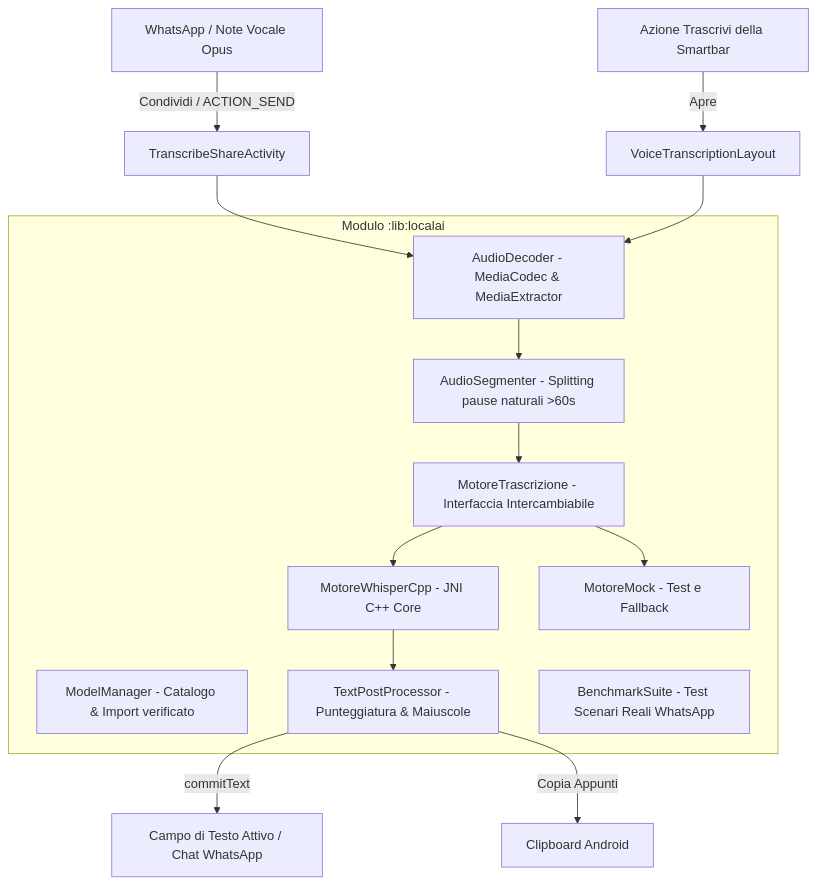
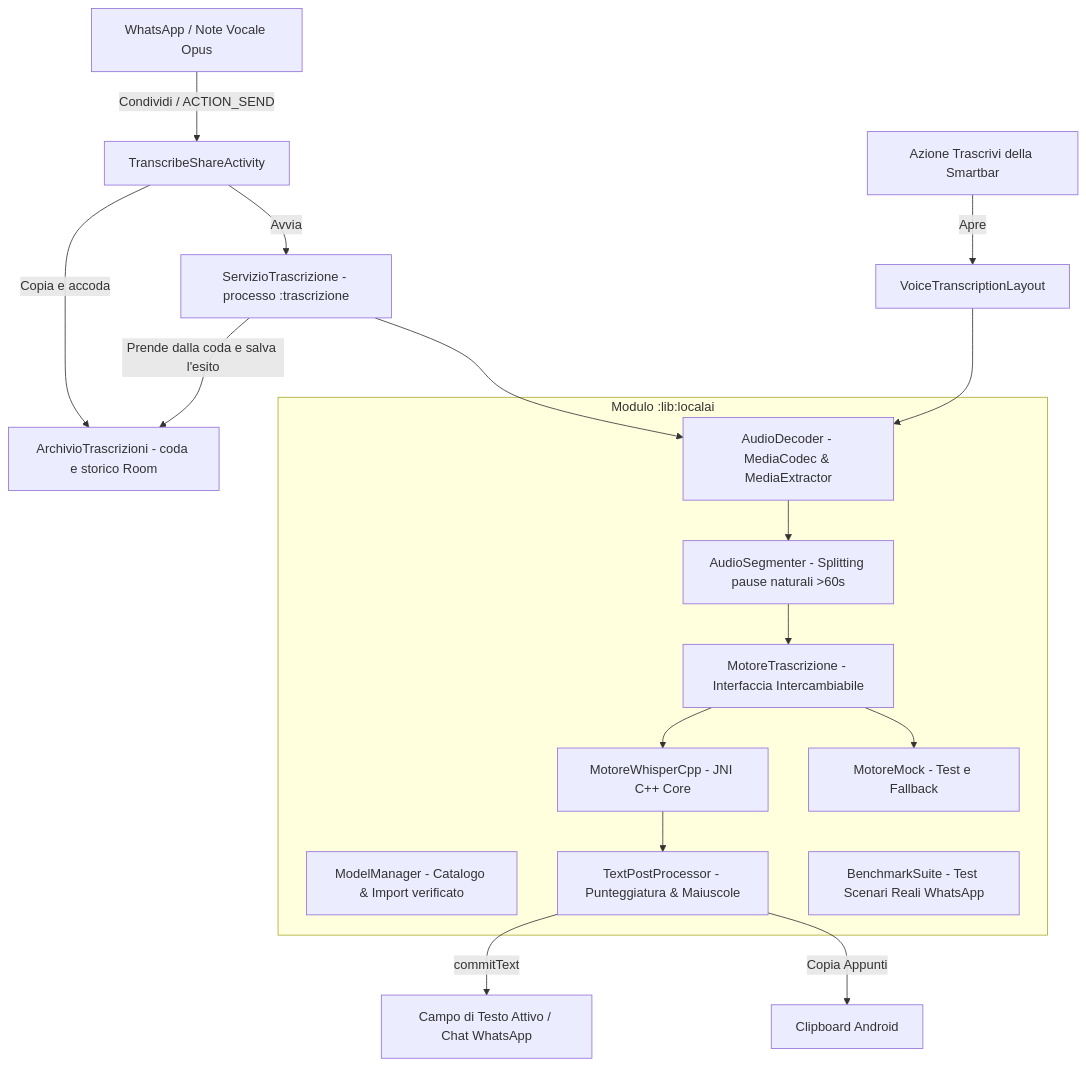
The diagram in README_LOCALAI.md (donatogranvilla/PoldoKeyboard), drawn with Mermaid before and after one commit. The commit also changed other lines of this file and 4 other files, not shown here.

````diff
--- a/README_LOCALAI.md
+++ b/README_LOCALAI.md
@@ -18,26 +18,29 @@
 ```mermaid
 graph TD
     A[WhatsApp / Note Vocale Opus] -->|Condividi / ACTION_SEND| B[TranscribeShareActivity]
+    B -->|Copia e accoda| Q[ArchivioTrascrizioni - coda e storico Room]
+    B -->|Avvia| S[ServizioTrascrizione - processo :trascrizione]
+    S -->|Prende dalla coda e salva l'esito| Q
     C[Azione Trascrivi della Smartbar] -->|Apre| D[VoiceTranscriptionLayout]
 
     subgraph "Modulo :lib:localai"
         E[AudioDecoder - MediaCodec & MediaExtractor]
         F[AudioSegmenter - Splitting pause naturali >60s]
         G[MotoreTrascrizione - Interfaccia Intercambiabile]
         H[MotoreWhisperCpp - JNI C++ Core]
         I[MotoreMock - Test e Fallback]
         J[ModelManager - Catalogo & Import verificato]
         K[TextPostProcessor - Punteggiatura & Maiuscole]
         L[BenchmarkSuite - Test Scenari Reali WhatsApp]
     end
 
-    B --> E
+    S --> E
     D --> E
     E --> F
     F --> G
     G --> H
     G --> I
     H --> K
     K -->|commitText| M[Campo di Testo Attivo / Chat WhatsApp]
     K -->|Copia Appunti| N[Clipboard Android]
 ```
````
